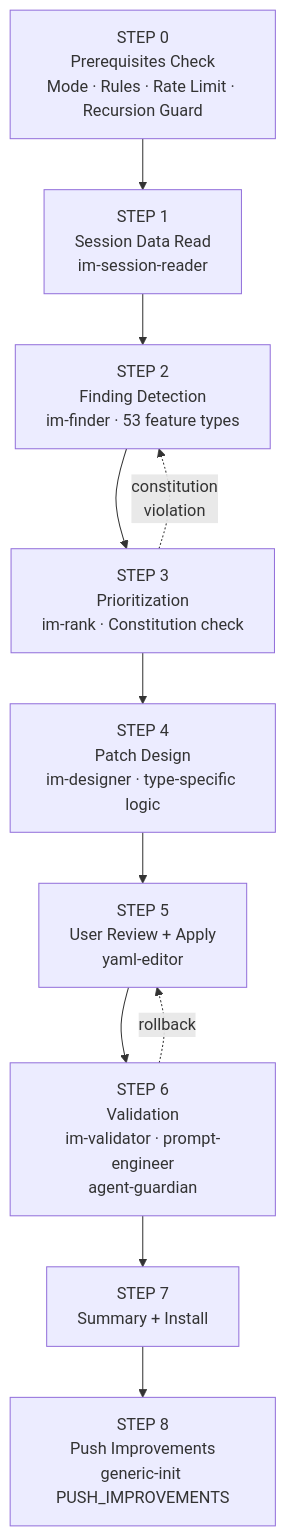
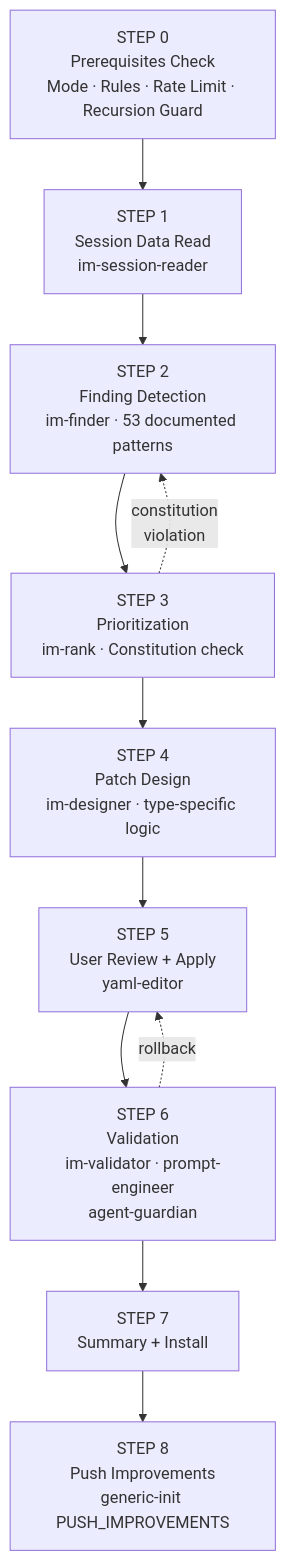
The first of 5 diagrams in docs/improvement-pipeline.md (mczardybon/mas-engineer), drawn with Mermaid before and after one commit. The commit also changed other lines of this file and 23 other files, not shown here.

````diff
--- a/docs/improvement-pipeline.md
+++ b/docs/improvement-pipeline.md
@@ -9,15 +9,15 @@
 ```mermaid
 flowchart TD
     S0["STEP 0\nPrerequisites Check\nMode · Rules · Rate Limit · Recursion Guard"] --> S1
     S1["STEP 1\nSession Data Read\nim-session-reader"] --> S2
-    S2["STEP 2\nFinding Detection\nim-finder · 53 feature types"] --> S3
+    S2["STEP 2\nFinding Detection\nim-finder · 53 documented patterns"] --> S3
     S3["STEP 3\nPrioritization\nim-rank · Constitution check"] --> S4
     S4["STEP 4\nPatch Design\nim-designer · type-specific logic"] --> S5
     S5["STEP 5\nUser Review + Apply\nyaml-editor"] --> S6
     S6["STEP 6\nValidation\nim-validator · prompt-engineer\nagent-guardian"] --> S7
     S7["STEP 7\nSummary + Install"] --> S8
     S8["STEP 8\nPush Improvements\ngeneric-init PUSH_IMPROVEMENTS"]
 
     S6 -.->|rollback| S5
     S3 -.->|"constitution\nviolation"| S2
 ```
````
